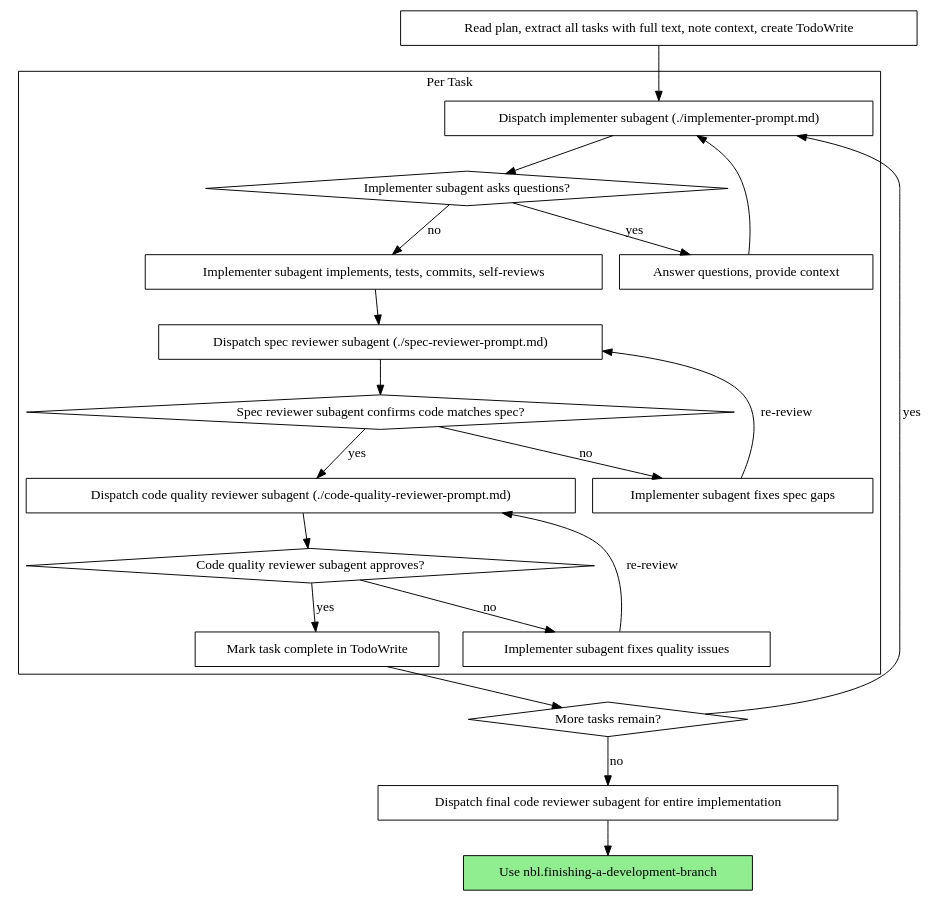
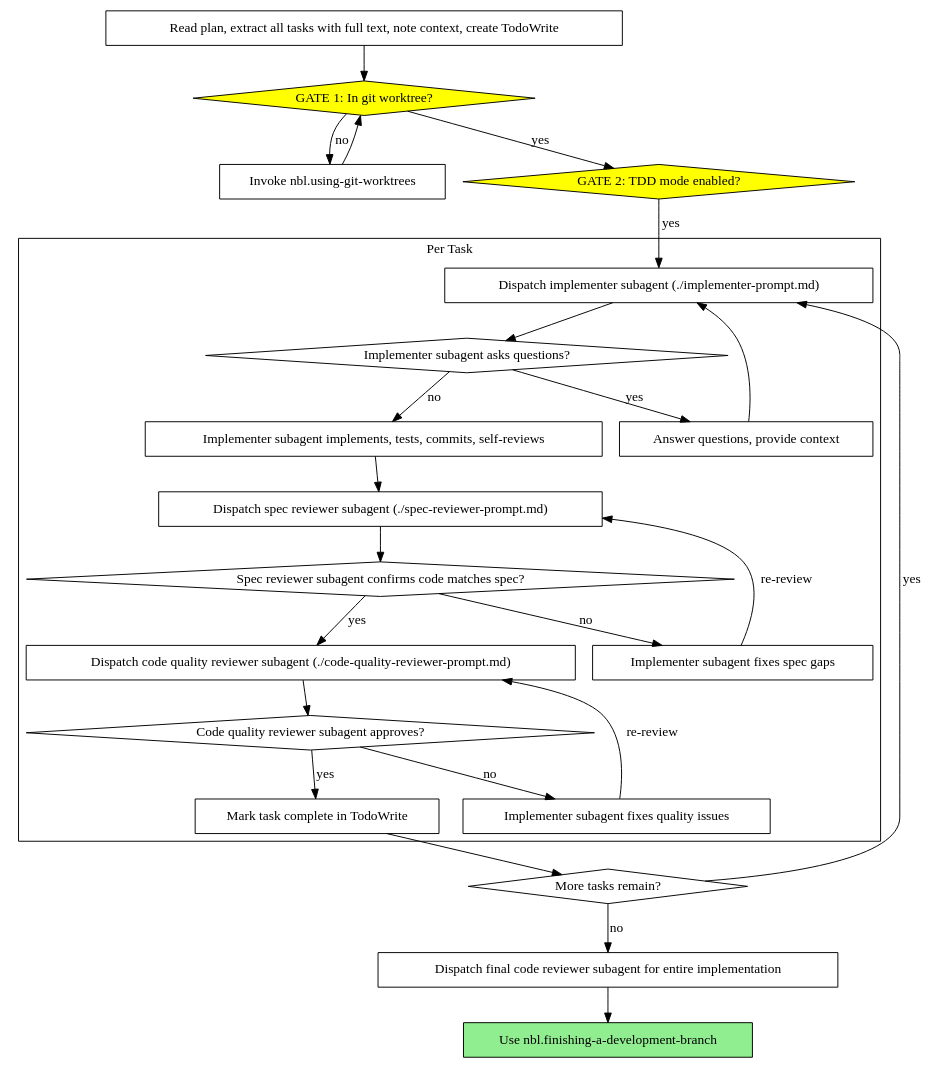
The second of 2 diagrams in skills/nbl.subagent-driven-development/SKILL.md (icefrag/guozhi-claude-code), drawn with Graphviz before and after one commit. The commit also changed other lines of this file, not shown here.

First line of the commit message:
feat(subagent-driven): add NON-NEGOTIABLE gates for worktree and TDD

````diff
--- a/skills/nbl.subagent-driven-development/SKILL.md
+++ b/skills/nbl.subagent-driven-development/SKILL.md
@@ -42,44 +58,51 @@
 ```dot
 digraph process {
     rankdir=TB;
 
     subgraph cluster_per_task {
         label="Per Task";
         "Dispatch implementer subagent (./implementer-prompt.md)" [shape=box];
         "Implementer subagent asks questions?" [shape=diamond];
         "Answer questions, provide context" [shape=box];
         "Implementer subagent implements, tests, commits, self-reviews" [shape=box];
         "Dispatch spec reviewer subagent (./spec-reviewer-prompt.md)" [shape=box];
         "Spec reviewer subagent confirms code matches spec?" [shape=diamond];
         "Implementer subagent fixes spec gaps" [shape=box];
         "Dispatch code quality reviewer subagent (./code-quality-reviewer-prompt.md)" [shape=box];
         "Code quality reviewer subagent approves?" [shape=diamond];
         "Implementer subagent fixes quality issues" [shape=box];
         "Mark task complete in TodoWrite" [shape=box];
     }
 
     "Read plan, extract all tasks with full text, note context, create TodoWrite" [shape=box];
+    "GATE 1: In git worktree?" [shape=diamond style=filled fillcolor=yellow];
+    "Invoke nbl.using-git-worktrees" [shape=box];
+    "GATE 2: TDD mode enabled?" [shape=diamond style=filled fillcolor=yellow];
     "More tasks remain?" [shape=diamond];
     "Dispatch final code reviewer subagent for entire implementation" [shape=box];
     "Use nbl.finishing-a-development-branch" [shape=box style=filled fillcolor=lightgreen];
 
-    "Read plan, extract all tasks with full text, note context, create TodoWrite" -> "Dispatch implementer subagent (./implementer-prompt.md)";
+    "Read plan, extract all tasks with full text, note context, create TodoWrite" -> "GATE 1: In git worktree?";
+    "GATE 1: In git worktree?" -> "Invoke nbl.using-git-worktrees" [label="no"];
+    "Invoke nbl.using-git-worktrees" -> "GATE 1: In git worktree?";
+    "GATE 1: In git worktree?" -> "GATE 2: TDD mode enabled?" [label="yes"];
+    "GATE 2: TDD mode enabled?" -> "Dispatch implementer subagent (./implementer-prompt.md)" [label="yes"];
     "Dispatch implementer subagent (./implementer-prompt.md)" -> "Implementer subagent asks questions?";
     "Implementer subagent asks questions?" -> "Answer questions, provide context" [label="yes"];
     "Answer questions, provide context" -> "Dispatch implementer subagent (./implementer-prompt.md)";
     "Implementer subagent asks questions?" -> "Implementer subagent implements, tests, commits, self-reviews" [label="no"];
     "Implementer subagent implements, tests, commits, self-reviews" -> "Dispatch spec reviewer subagent (./spec-reviewer-prompt.md)";
     "Dispatch spec reviewer subagent (./spec-reviewer-prompt.md)" -> "Spec reviewer subagent confirms code matches spec?";
     "Spec reviewer subagent confirms code matches spec?" -> "Implementer subagent fixes spec gaps" [label="no"];
     "Implementer subagent fixes spec gaps" -> "Dispatch spec reviewer subagent (./spec-reviewer-prompt.md)" [label="re-review"];
     "Spec reviewer subagent confirms code matches spec?" -> "Dispatch code quality reviewer subagent (./code-quality-reviewer-prompt.md)" [label="yes"];
     "Dispatch code quality reviewer subagent (./code-quality-reviewer-prompt.md)" -> "Code quality reviewer subagent approves?";
     "Code quality reviewer subagent approves?" -> "Implementer subagent fixes quality issues" [label="no"];
     "Implementer subagent fixes quality issues" -> "Dispatch code quality reviewer subagent (./code-quality-reviewer-prompt.md)" [label="re-review"];
     "Code quality reviewer subagent approves?" -> "Mark task complete in TodoWrite" [label="yes"];
     "Mark task complete in TodoWrite" -> "More tasks remain?";
     "More tasks remain?" -> "Dispatch implementer subagent (./implementer-prompt.md)" [label="yes"];
     "More tasks remain?" -> "Dispatch final code reviewer subagent for entire implementation" [label="no"];
     "Dispatch final code reviewer subagent for entire implementation" -> "Use nbl.finishing-a-development-branch";
 }
 ```
````
